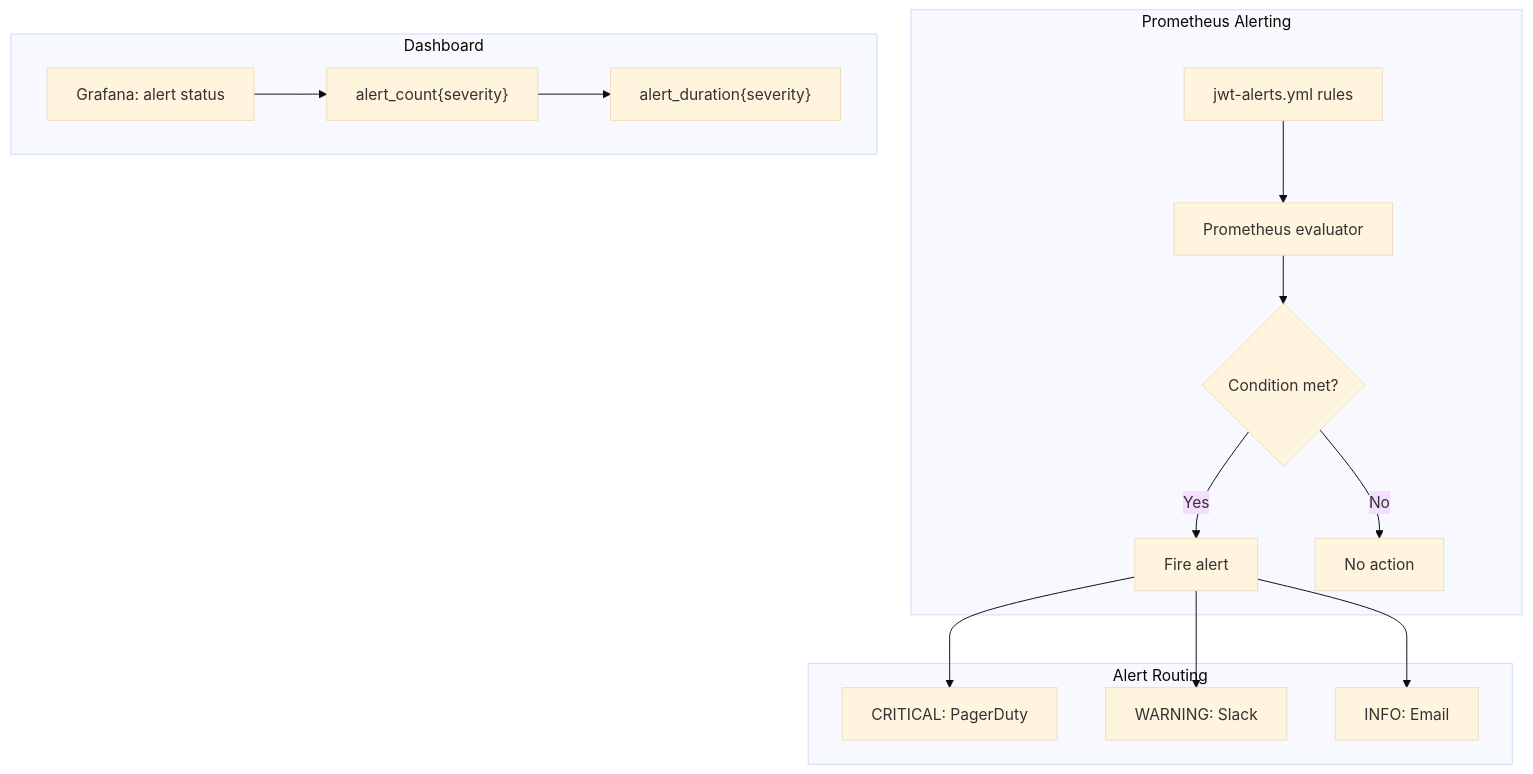
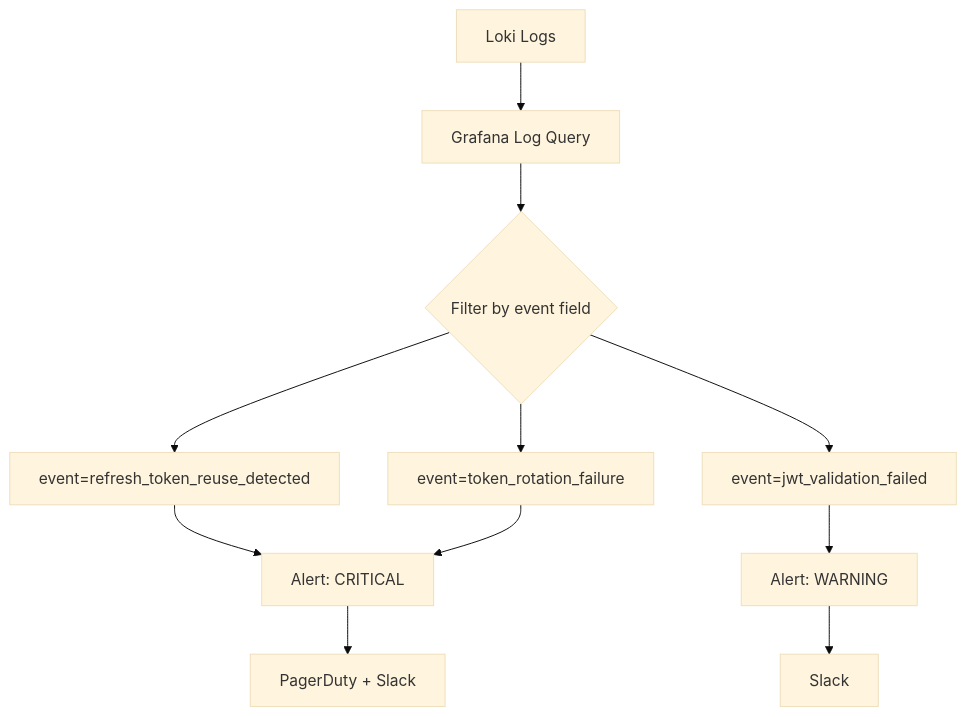
One commit to microscaler/sesame-idam changed the third of 3 diagrams in docs/Epics/09-observability/stories/story-9.7.md. Above: the diagram before and after it, drawn with Mermaid (base theme). The commit also changed other lines of this file and 3 other files, not shown here.

````diff
--- a/docs/Epics/09-observability/stories/story-9.7.md
+++ b/docs/Epics/09-observability/stories/story-9.7.md
@@ -205,20 +134,15 @@
 ```mermaid
 flowchart TD
-    subgraph "Prometheus Alerting"
-        A[jwt-alerts.yml rules] --> B[Prometheus evaluator]
-        B --> C{Condition met?}
-        C -->|Yes| D[Fire alert]
-        C -->|No| E[No action]
-    end
+    A[Loki Logs] --> B[Grafana Log Query]
+    B --> C{Filter by event field}
+    C --> D["event=refresh_token_reuse_detected"]
+    C --> E["event=token_rotation_failure"]
+    C --> F["event=jwt_validation_failed"]
     
-    subgraph "Alert Routing"
-        D --> F[CRITICAL: PagerDuty]
-        D --> G[WARNING: Slack]
-        D --> H[INFO: Email]
-    end
+    D --> G[Alert: CRITICAL]
+    E --> G
+    F --> H[Alert: WARNING]
     
-    subgraph "Dashboard"
-        I[Grafana: alert status] --> J["alert_count{severity}"]
-        J --> K["alert_duration{severity}"]
-    end
+    G --> I[PagerDuty + Slack]
+    H --> J[Slack]
 ```
````
